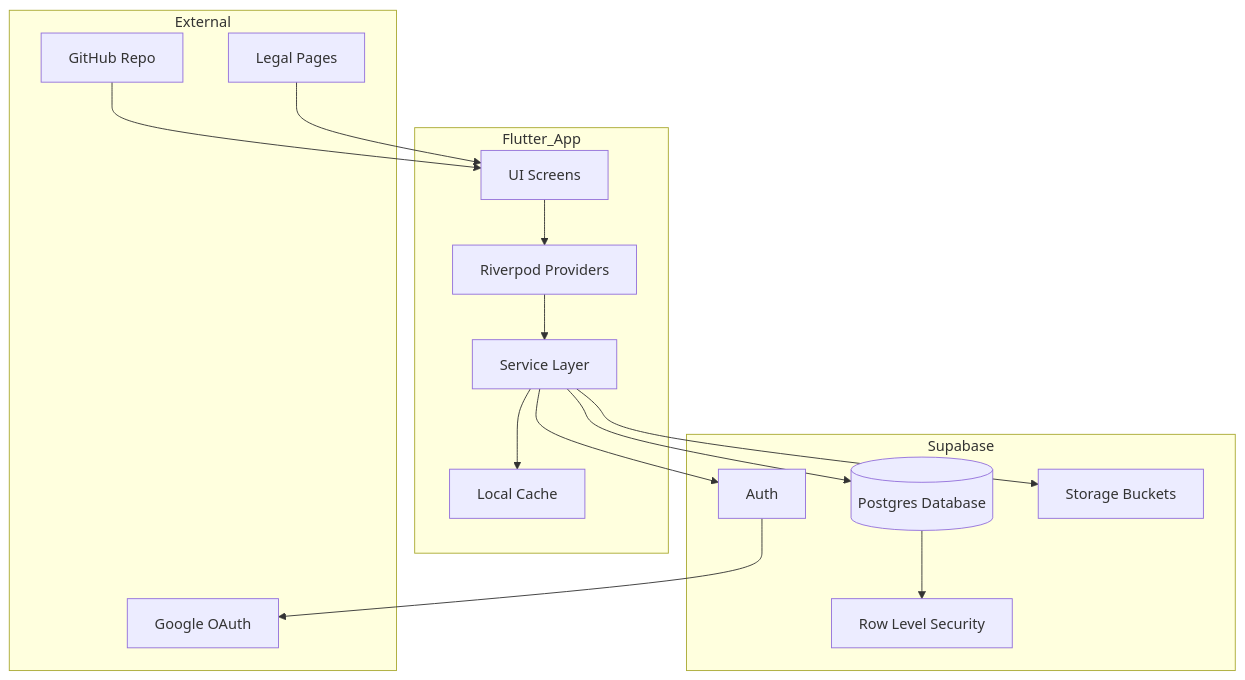
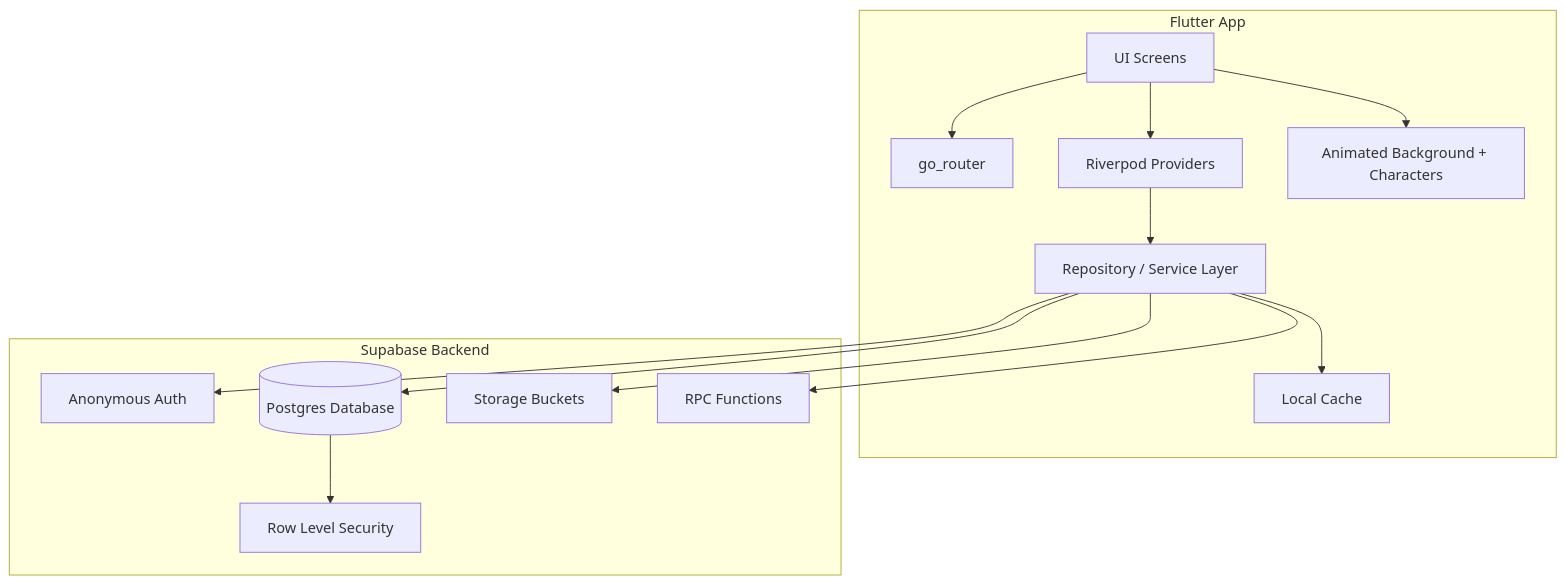
One commit to bipulkumar62/FocusSaga-XP changed the fourth of 14 diagrams in README.md. Above: the diagram before and after it, drawn with Mermaid. The commit also changed other lines of this file, not shown here.

````diff
--- a/README.md
+++ b/README.md
@@ -84,33 +159,30 @@
 ```mermaid
 flowchart TB
-    subgraph Flutter_App
-        A[UI Screens]
-        B[Riverpod Providers]
-        C[Service Layer]
-        D[Local Cache]
+    subgraph Client["Flutter App"]
+        UI[UI Screens]
+        Router[go_router]
+        State[Riverpod Providers]
+        Services[Repository / Service Layer]
+        Cache[Local Cache]
+        Animations[Animated Background + Characters]
     end
 
-    subgraph Supabase
-        E[Auth]
-        F[(Postgres Database)]
-        G[Storage Buckets]
-        H[Row Level Security]
+    subgraph Supabase["Supabase Backend"]
+        Auth[Anonymous Auth]
+        DB[(Postgres Database)]
+        Storage[Storage Buckets]
+        RLS[Row Level Security]
+        RPC[RPC Functions]
     end
 
-    subgraph External
-        I[Google OAuth]
-        J[GitHub Repo]
-        K[Legal Pages]
-    end
-
-    A --> B
-    B --> C
-    C --> E
-    C --> F
-    C --> G
-    C --> D
-    E --> I
-    F --> H
-    J --> A
-    K --> A
+    UI --> Router
+    UI --> State
+    State --> Services
+    Services --> Cache
+    Services --> Auth
+    Services --> DB
+    Services --> Storage
+    DB --> RLS
+    Services --> RPC
+    UI --> Animations
 ```
````
